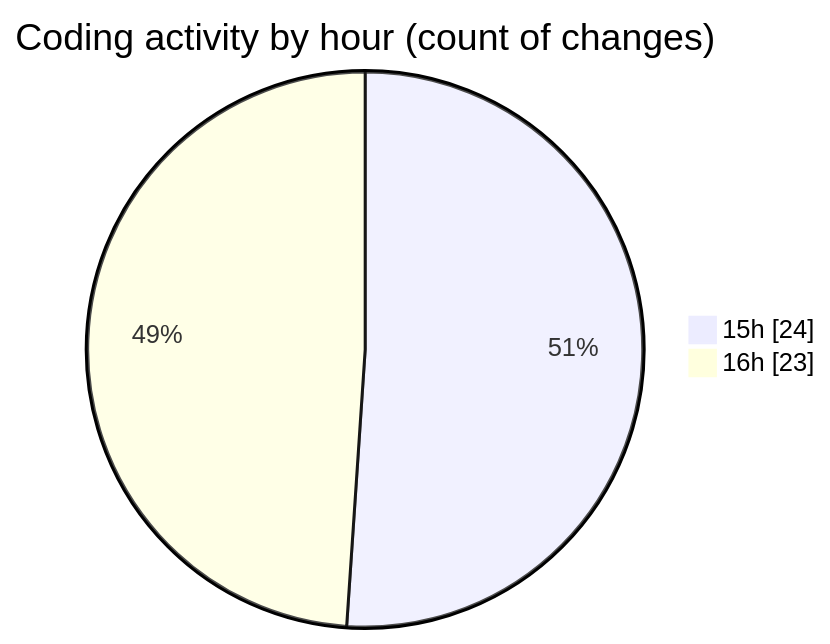
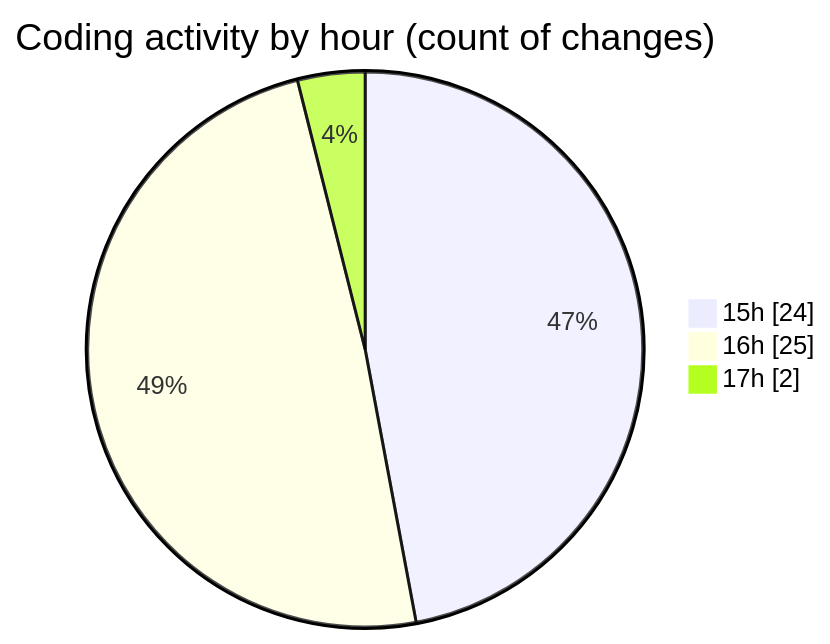
One commit to EIIisD/code-tracking changed the second of 2 diagrams in 2025-07-31/tw-server/README.md. Above: the diagram before and after it, drawn with Mermaid. The commit also changed other lines of this file and 1 other file, not shown here.

````diff
--- a/2025-07-31/tw-server/README.md
+++ b/2025-07-31/tw-server/README.md
@@ -40,6 +42,7 @@
 ```mermaid
 pie showData
 title Coding activity by hour (count of changes)
 "15h" : 24
-"16h" : 23
+"16h" : 25
+"17h" : 2
 ```
````
